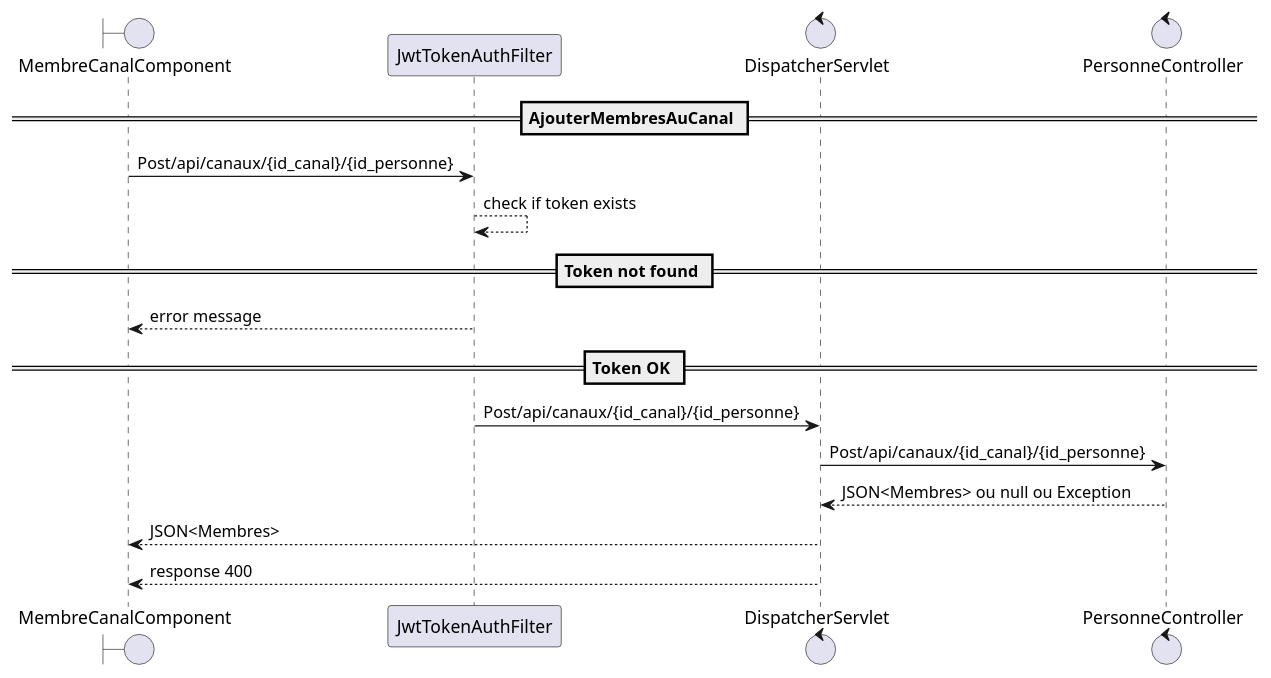
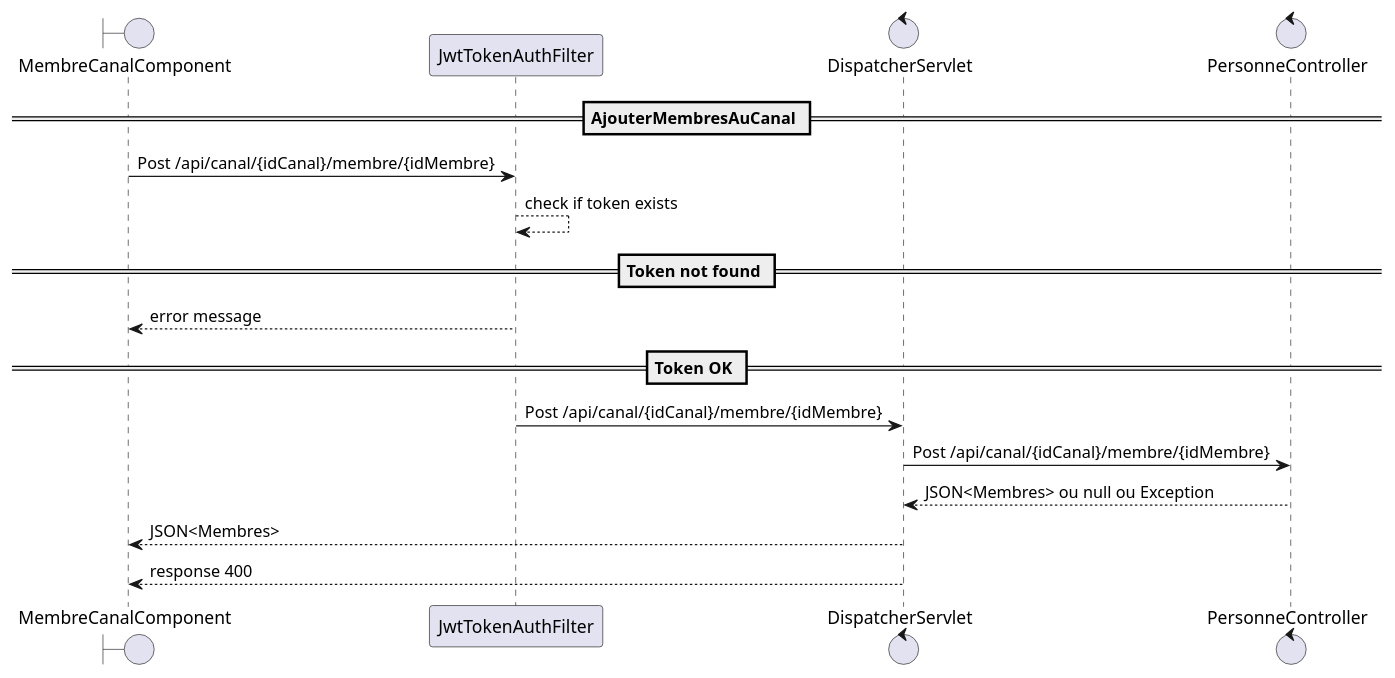
Before and after one commit to soupramanien/cdaMassy2021ReactJS: the diagram in public/diagramme-de-sequence/AjouterMembreAuCanal.puml, drawn with PlantUML. The commit also changed 3 other files, not shown here.

Commit message:
Update diagrame-de-sequence -> Url Pattern

```diff
--- a/public/diagramme-de-sequence/AjouterMembreAuCanal.puml
+++ b/public/diagramme-de-sequence/AjouterMembreAuCanal.puml
@@ -2,20 +2,20 @@
 @startuml
 == AjouterMembresAuCanal ==
 
 boundary MembreCanalComponent
 participant JwtTokenAuthFilter
 control DispatcherServlet 
 control PersonneController 
 
 
-MembreCanalComponent -> JwtTokenAuthFilter : Post/api/canaux/{id_canal}/{id_personne}
+MembreCanalComponent -> JwtTokenAuthFilter : Post /api/canal/{idCanal}/membre/{idMembre}
 JwtTokenAuthFilter --> JwtTokenAuthFilter : check if token exists
 ==Token not found ==
 JwtTokenAuthFilter --> MembreCanalComponent : error message 
 ==Token OK ==
-JwtTokenAuthFilter -> DispatcherServlet : Post/api/canaux/{id_canal}/{id_personne}
-DispatcherServlet -> PersonneController : Post/api/canaux/{id_canal}/{id_personne}
+JwtTokenAuthFilter -> DispatcherServlet : Post /api/canal/{idCanal}/membre/{idMembre}
+DispatcherServlet -> PersonneController : Post /api/canal/{idCanal}/membre/{idMembre}
 PersonneController --> DispatcherServlet : JSON<Membres> ou null ou Exception
 DispatcherServlet --> MembreCanalComponent : JSON<Membres>
 DispatcherServlet --> MembreCanalComponent : response 400
 @enduml
```
